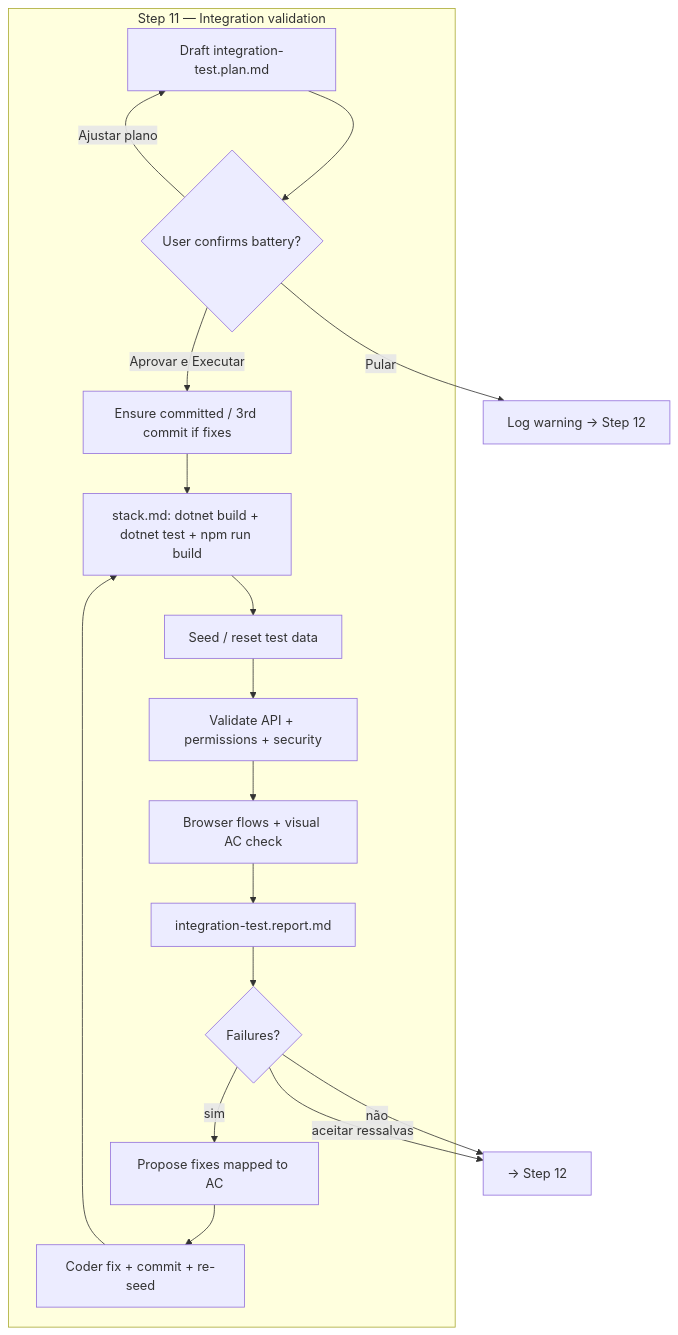
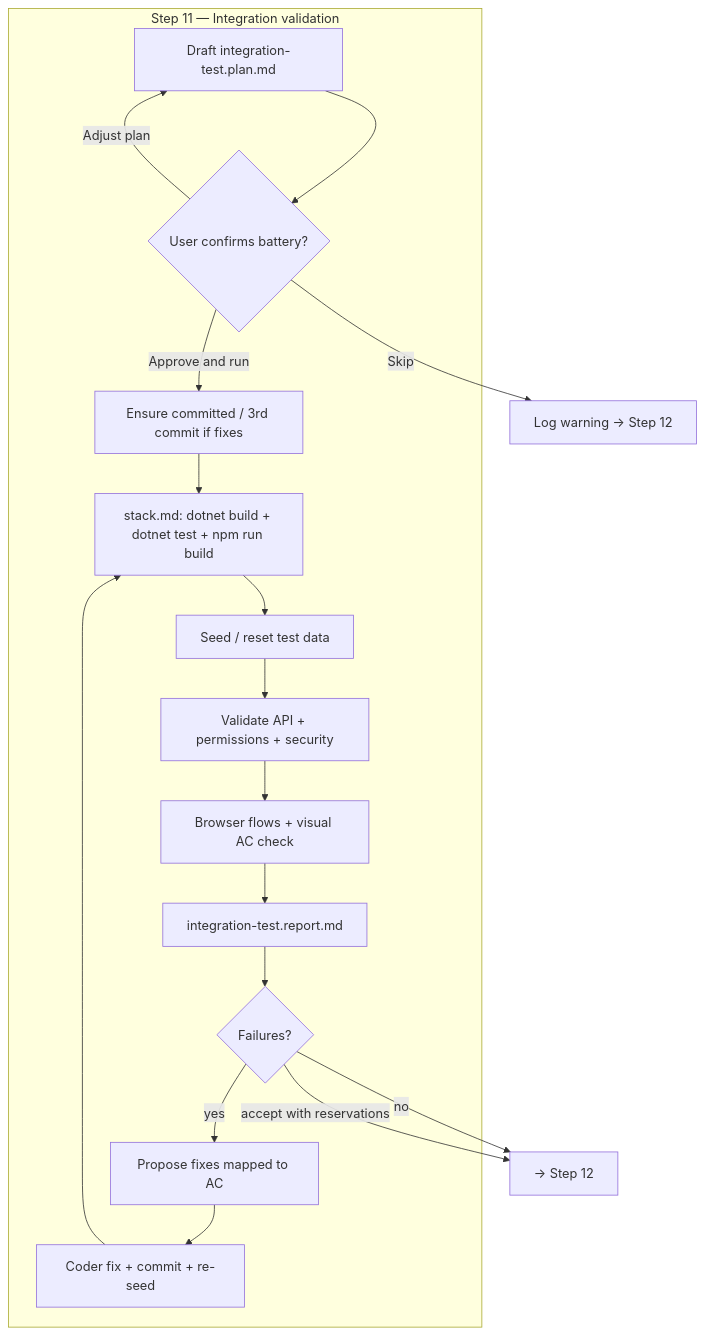
One commit to jpolvora/cursor-reviewer changed the sixth of 9 diagrams in .agents/skills/spec-to-pr/DIAGRAM.md. Above: the diagram before and after it, drawn with Mermaid. The commit also changed other lines of this file and 72 other files, not shown here.

````diff
--- a/.agents/skills/spec-to-pr/DIAGRAM.md
+++ b/.agents/skills/spec-to-pr/DIAGRAM.md
@@ -282,24 +282,24 @@
 ```mermaid
 flowchart TD
     subgraph S11["Step 11 — Integration validation"]
         PLAN["Draft integration-test.plan.md"]
         CONF{"User confirms battery?"}
         COMMIT["Ensure committed / 3rd commit if fixes"]
         BUILD["stack.md: dotnet build + dotnet test + npm run build"]
         SEED["Seed / reset test data"]
         API["Validate API + permissions + security"]
         UI["Browser flows + visual AC check"]
         REPORT["integration-test.report.md"]
         FAIL{"Failures?"}
         PROP["Propose fixes mapped to AC"]
         FIX["Coder fix + commit + re-seed"]
     end
 
     PLAN --> CONF
-    CONF -->|Aprovar e Executar| COMMIT --> BUILD --> SEED --> API --> UI --> REPORT --> FAIL
-    CONF -->|Ajustar plano| PLAN
-    CONF -->|Pular| SKIP["Log warning -> Step 12"]
-    FAIL -->|sim| PROP --> FIX --> BUILD
-    FAIL -->|não| OK["-> Step 12"]
-    FAIL -->|aceitar ressalvas| OK
+    CONF -->|Approve and run| COMMIT --> BUILD --> SEED --> API --> UI --> REPORT --> FAIL
+    CONF -->|Adjust plan| PLAN
+    CONF -->|Skip| SKIP["Log warning -> Step 12"]
+    FAIL -->|yes| PROP --> FIX --> BUILD
+    FAIL -->|no| OK["-> Step 12"]
+    FAIL -->|accept with reservations| OK
 ```
````
